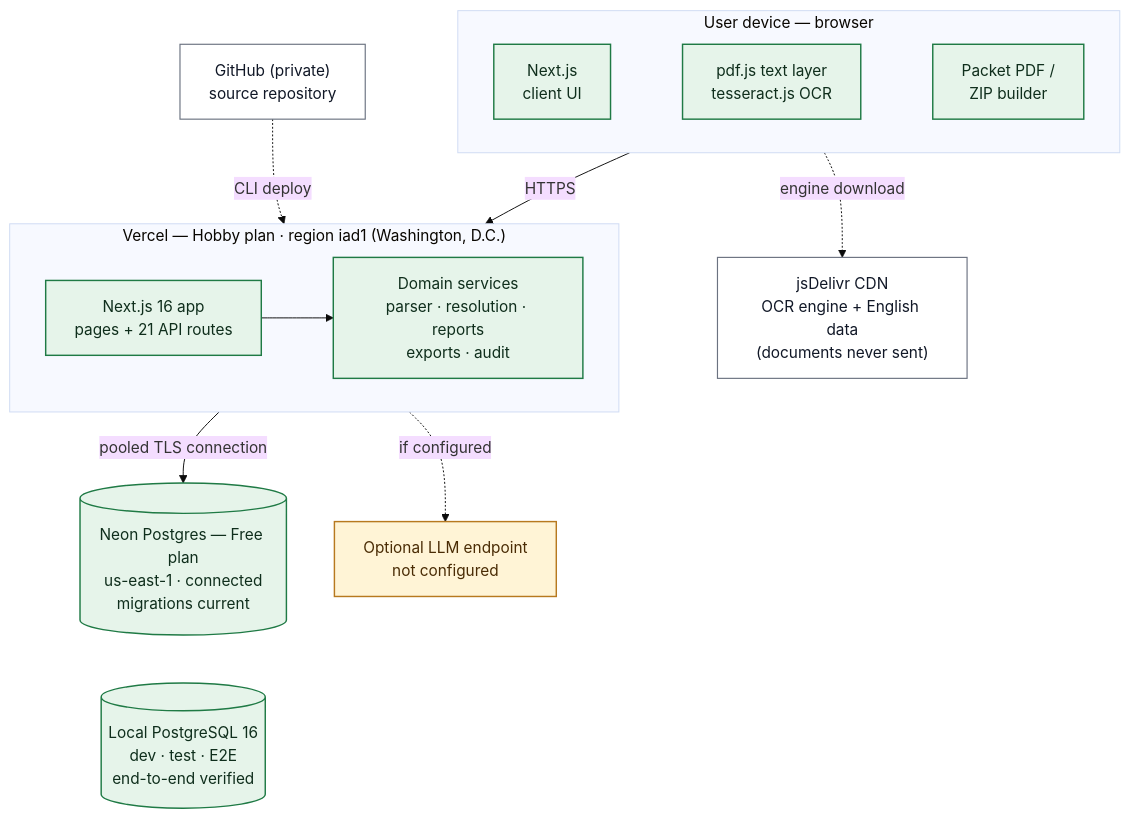
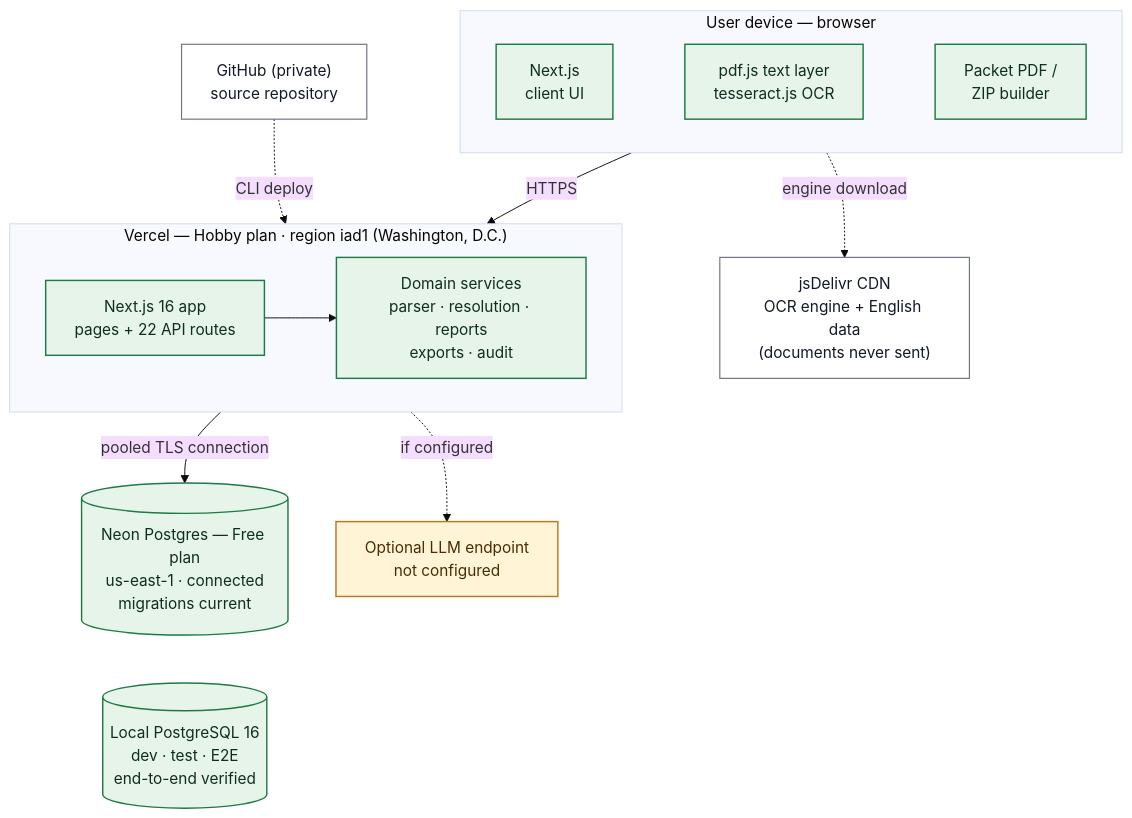
The diagram in docs/architecture/deployment-architecture.mmd (pgp41370-coder/college-operations-copilot), drawn with Mermaid (base theme) before and after one commit. The commit also changed 33 other files, not shown here.

```diff
--- a/docs/architecture/deployment-architecture.mmd
+++ b/docs/architecture/deployment-architecture.mmd
@@ -1,32 +1,32 @@
 %% Deployment topology as verified on 30 Sep 2026 (production smoke test 24/24 passed).
 flowchart TB
   subgraph DEV["User device — browser"]
     direction LR
     UIX["Next.js<br/>client UI"]:::impl
     OCR["pdf.js text layer<br/>tesseract.js OCR"]:::impl
     PKX["Packet PDF /<br/>ZIP builder"]:::impl
     UIX ~~~ OCR ~~~ PKX
   end
   CDN["jsDelivr CDN<br/>OCR engine + English data<br/>(documents never sent)"]:::neutral
   subgraph VER["Vercel — Hobby plan · region iad1 (Washington, D.C.)"]
     direction LR
-    APP["Next.js 16 app<br/>pages + 21 API routes"]:::impl
+    APP["Next.js 16 app<br/>pages + 22 API routes"]:::impl
     SVC["Domain services<br/>parser · resolution · reports<br/>exports · audit"]:::impl
     APP --> SVC
   end
   GH["GitHub (private)<br/>source repository"]:::neutral
   PG[("Neon Postgres — Free plan<br/>us-east-1 · connected<br/>migrations current")]:::impl
   LLM["Optional LLM endpoint<br/>not configured"]:::opt
   LOCAL[("Local PostgreSQL 16<br/>dev · test · E2E<br/>end-to-end verified")]:::impl
   DEV -- "HTTPS" --> VER
   DEV -. "engine download" .-> CDN
   GH -. "CLI deploy" .-> VER
   VER -- "pooled TLS connection" --> PG
   VER -. "if configured" .-> LLM
   PG ~~~ LOCAL
   classDef impl fill:#e6f4ea,stroke:#1f7a45,stroke-width:1.5px,color:#0f2e1c
   classDef opt fill:#fff4d6,stroke:#b7791f,stroke-width:1.5px,color:#4a2c05
   classDef future fill:#f3f4f6,stroke:#6b7280,stroke-width:1.5px,stroke-dasharray:6 4,color:#374151
   classDef human fill:#e3ebfa,stroke:#1f4e8c,stroke-width:2px,color:#0f2649
   classDef pending fill:#fdecec,stroke:#b42318,stroke-width:1.5px,stroke-dasharray:4 3,color:#7a1a12
   classDef neutral fill:#ffffff,stroke:#6b7280,stroke-width:1.2px,color:#111827
```
